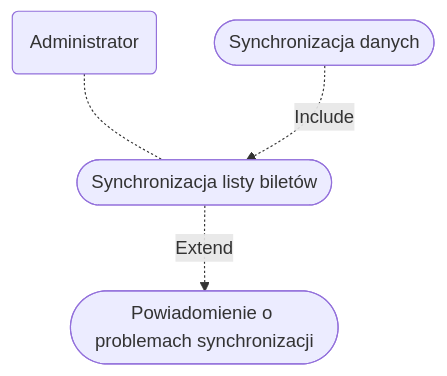
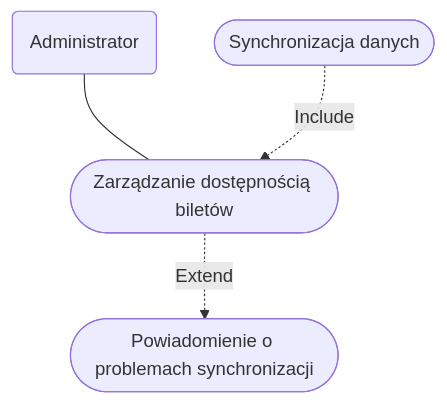
One commit to WGrot/MWO_LAB changed the diagram in adminStory.md. Above: the diagram before and after it, drawn with Mermaid.

````diff
--- a/adminStory.md
+++ b/adminStory.md
@@ -11,11 +11,11 @@
 ```mermaid
 flowchart TD
     A("Administrator")
     B(["Synchronizacja danych"])
     C(["Powiadomienie o problemach synchronizacji"])
-    D(["Synchronizacja listy biletów"])
+    D(["Zarządzanie dostępnością biletów"])
 
-    A -.- D
+    A --- D
     B -.-> |Include| D
     D -.-> |Extend| C
 ```
````
